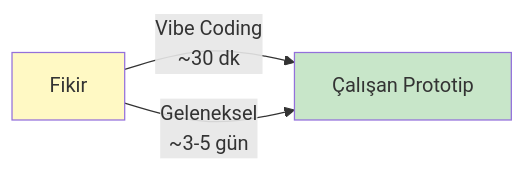
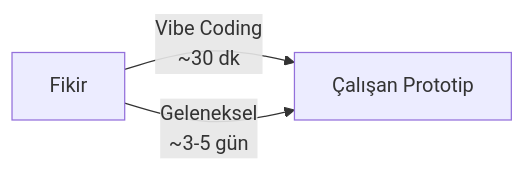
Before and after one commit to IzzetYasinAtes/ClaudeCodeHandbook: the third of 6 diagrams in 04-ai-destekli-gelistirme/03-vibe-coding.md, drawn with Mermaid. The commit also changed other lines of this file and 97 other files, not shown here.

Commit message:
Remove all custom Mermaid style/fill colors from 98 markdown files for consistent dark theme rendering

````diff
--- a/04-ai-destekli-gelistirme/03-vibe-coding.md
+++ b/04-ai-destekli-gelistirme/03-vibe-coding.md
@@ -121,8 +114,6 @@
 ```mermaid
 flowchart LR
     A["Fikir"] -->|"Vibe Coding<br/>~30 dk"| B["Çalışan Prototip"]
     A -->|"Geleneksel<br/>~3-5 gün"| B
 
-    style A fill:#FFF9C4
-    style B fill:#C8E6C9
 ```
````
